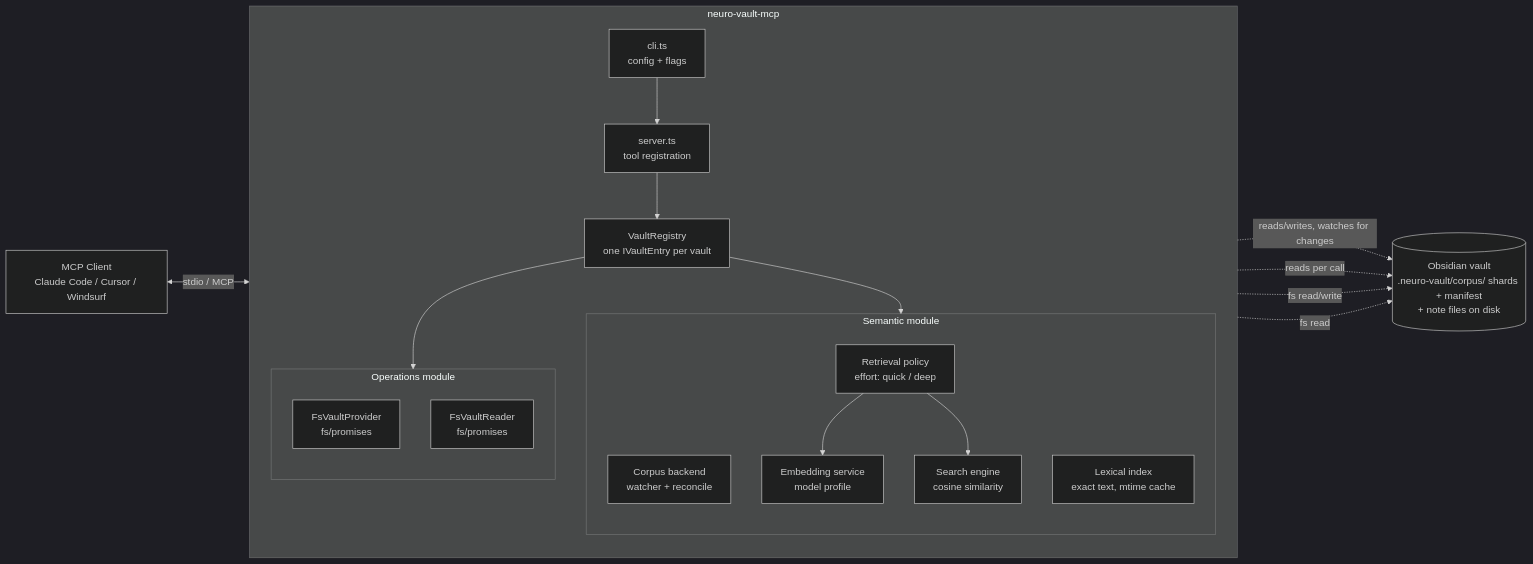
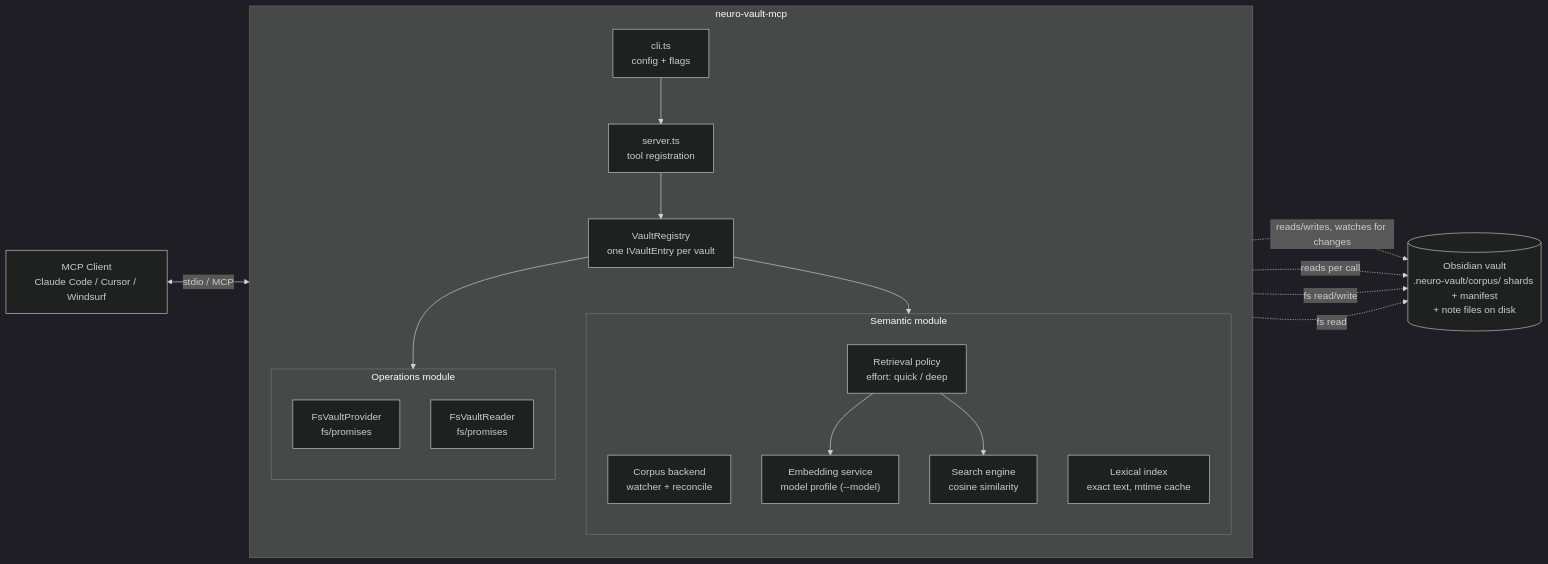
The diagram in docs/architecture/module-structure.md (AlexMost/neuro-vault), drawn with Mermaid (dark theme) before and after one commit. The commit also changed 80 other files, not shown here.

First line of the commit message:
feat!: embedding model profiles — harrier-270m default, calibrated thresholds (4/4) (#143)

````diff
--- a/docs/architecture/module-structure.md
+++ b/docs/architecture/module-structure.md
@@ -52,35 +52,35 @@
 ```mermaid
 flowchart LR
     Client[MCP Client<br/>Claude Code / Cursor / Windsurf]
     subgraph Server[neuro-vault-mcp]
         direction TB
         CLI[cli.ts<br/>config + flags]
         Core[server.ts<br/>tool registration]
         Registry[VaultRegistry<br/>one IVaultEntry per vault]
         subgraph Semantic[Semantic module]
             direction TB
             Backend[Corpus backend<br/>watcher + reconcile]
             Retrieval[Retrieval policy<br/>effort: quick / deep]
-            Embed[Embedding service<br/>model profile]
+            Embed["Embedding service<br/>model profile (--model)"]
             Search[Search engine<br/>cosine similarity]
             Lexical[Lexical index<br/>exact text, mtime cache]
         end
         subgraph Operations[Operations module]
             direction TB
             Provider[FsVaultProvider<br/>fs/promises]
             Reader[FsVaultReader<br/>fs/promises]
         end
         CLI --> Core
         Core --> Registry
         Registry --> Semantic
         Registry --> Operations
         Retrieval --> Embed
         Retrieval --> Search
     end
     Vault[(Obsidian vault<br/>.neuro-vault/corpus/ shards + manifest<br/>+ note files on disk)]
     Client <-->|stdio / MCP| Core
     Backend -. reads/writes, watches for changes .-> Vault
     Lexical -. reads per call .-> Vault
     Provider -. fs read/write .-> Vault
     Reader -. fs read .-> Vault
 ```
````
